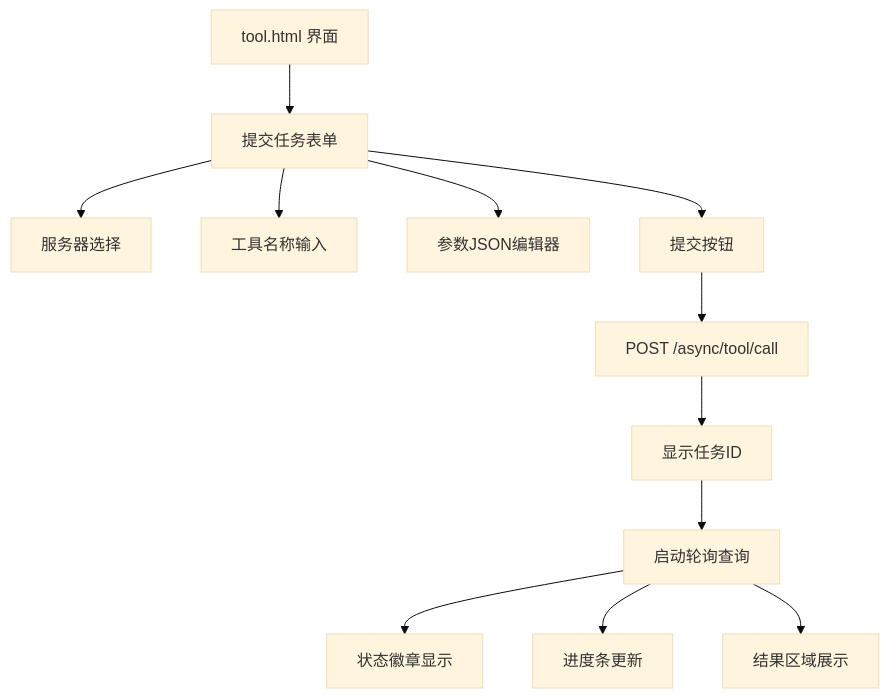
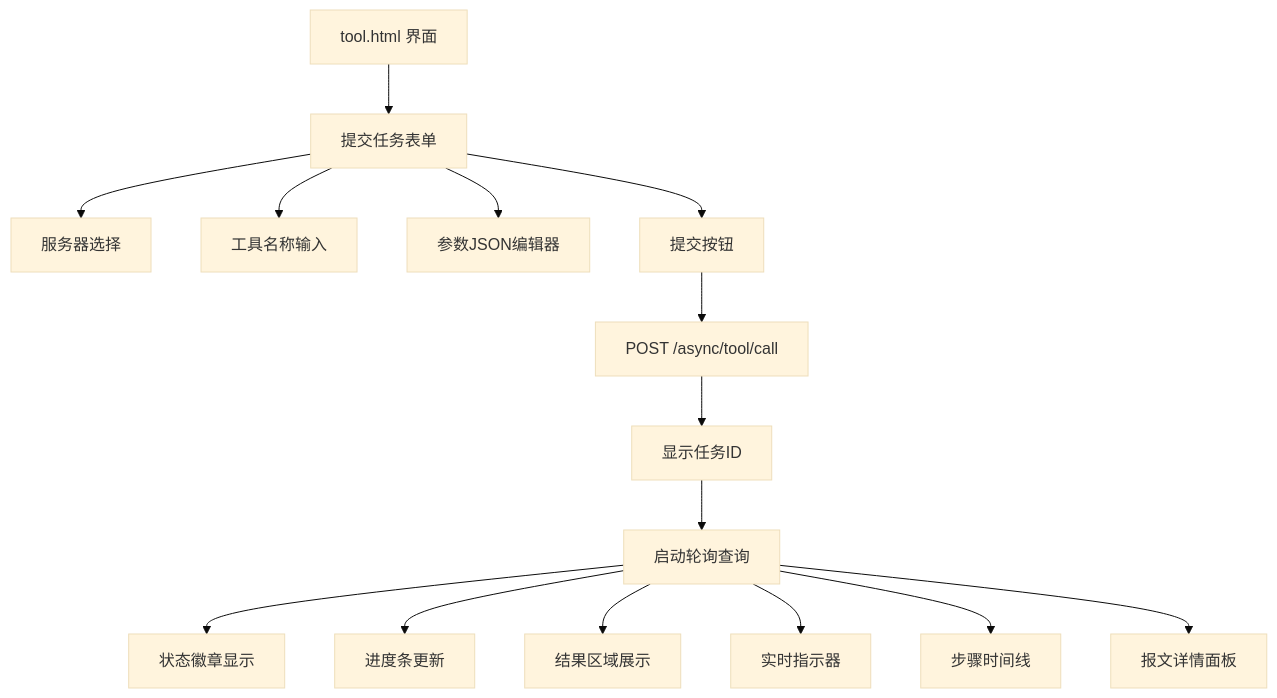
One commit to maomao94/zero-service changed diagram 15 of 36 in .qoder/repowiki/zh/content/Aigtw Gateway Service.md. Above: the diagram before and after it, drawn with Mermaid (base theme). The commit also changed other lines of this file and 58 other files, not shown here.

````diff
--- a/.qoder/repowiki/zh/content/Aigtw Gateway Service.md
+++ b/.qoder/repowiki/zh/content/Aigtw Gateway Service.md
@@ -554,14 +670,17 @@
 ```mermaid
 flowchart TD
 A[tool.html 界面] --> B[提交任务表单]
 B --> C[服务器选择]
 B --> D[工具名称输入]
 B --> E[参数JSON编辑器]
 B --> F[提交按钮]
 F --> G[POST /async/tool/call]
 G --> H[显示任务ID]
 H --> I[启动轮询查询]
 I --> J[状态徽章显示]
 I --> K[进度条更新]
 I --> L[结果区域展示]
+I --> M[实时指示器]
+I --> N[步骤时间线]
+I --> O[报文详情面板]
 ```
````
